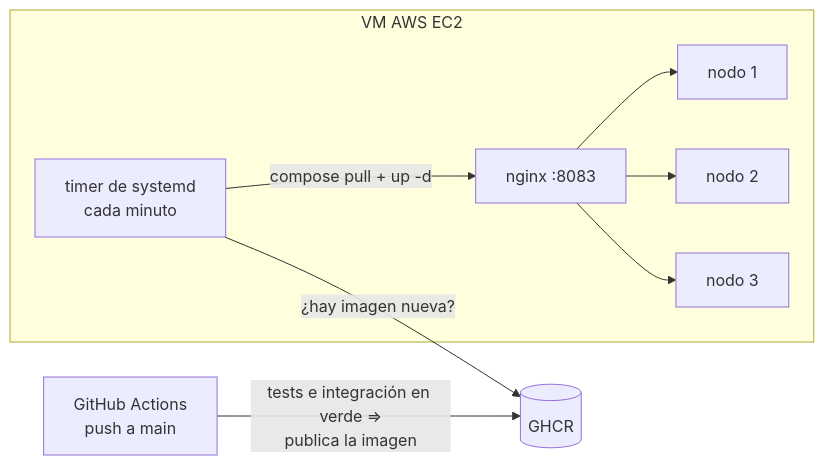
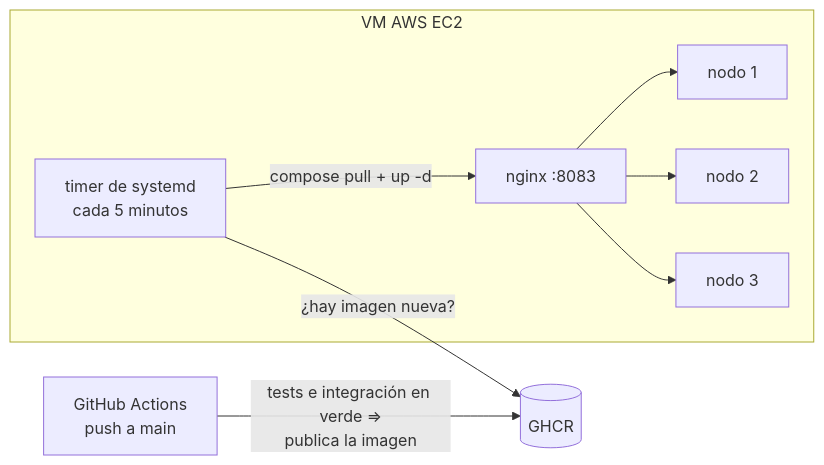
Before and after one commit to chimera-sdypp/sdypp_tp2: the sixth of 6 diagrams in hit3/README.md, drawn with Mermaid. The commit also changed other lines of this file and 7 other files, not shown here.

Commit message:
fix(despliegue): un candado común para los timers de la VM y pull cada 5 minutos

````diff
--- a/hit3/README.md
+++ b/hit3/README.md
@@ -341,9 +341,9 @@
 ```mermaid
 flowchart LR
     G["GitHub Actions<br/>push a main"] -- "tests e integración en verde ⇒<br/>publica la imagen" --> R[(GHCR)]
     subgraph VM[VM AWS EC2]
-        T["timer de systemd<br/>cada minuto"] -- "compose pull + up -d" --> X["nginx :8083"]
+        T["timer de systemd<br/>cada 5 minutos"] -- "compose pull + up -d" --> X["nginx :8083"]
         X --> N1[nodo 1] & N2[nodo 2] & N3[nodo 3]
     end
     T -- "¿hay imagen nueva?" --> R
 ```
````
